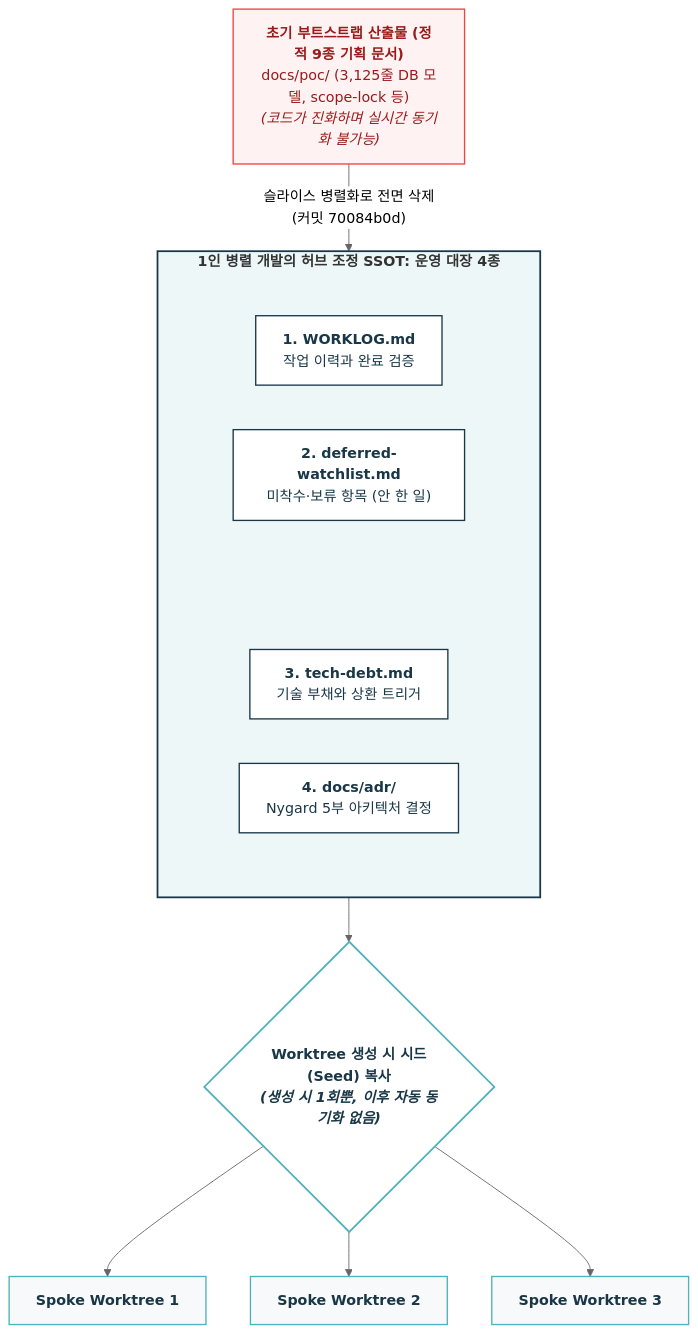
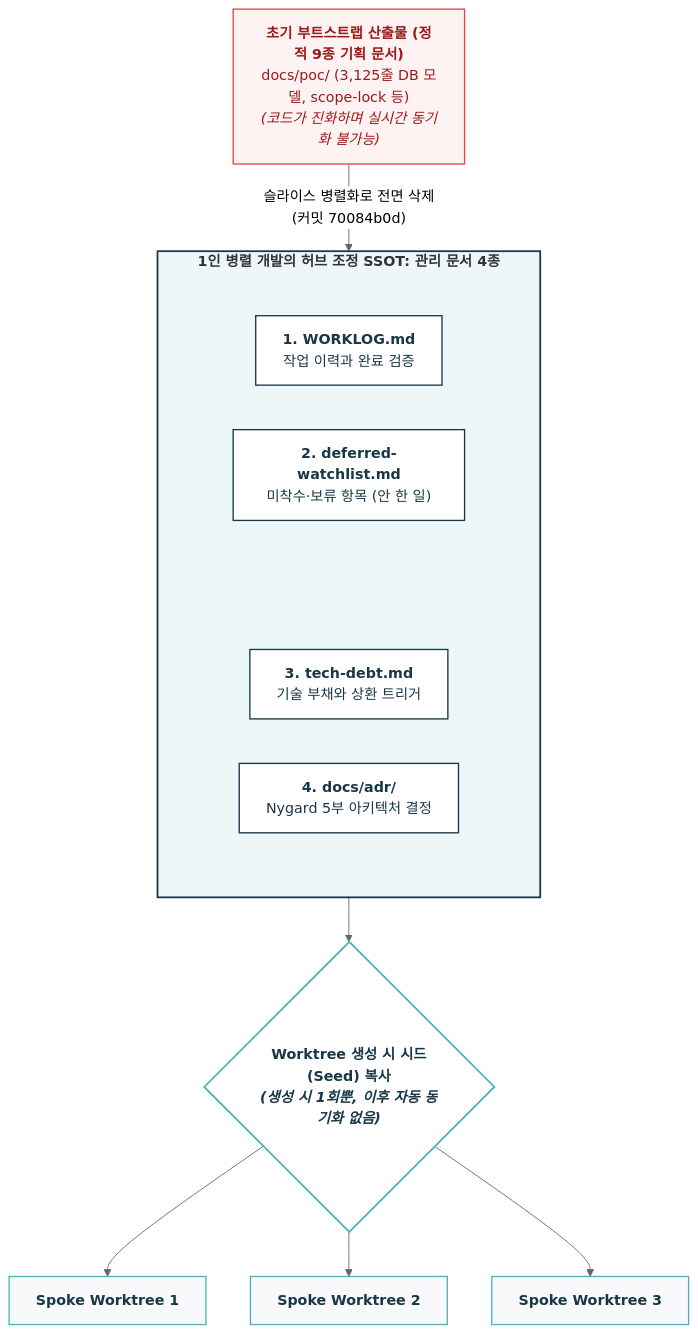
Before and after one commit to tomato-vault/tomato-vault.github.io: the first of 3 diagrams in _posts/tech/ai-agent-architecture/6 에이전트가 기억상실증입니다만, 문제라도?.md, drawn with Mermaid (neutral theme). The commit also changed other lines of this file and 24 other files, not shown here.

````diff
--- a/_posts/tech/ai-agent-architecture/6 에이전트가 기억상실증입니다만, 문제라도?.md
+++ b/_posts/tech/ai-agent-architecture/6 에이전트가 기억상실증입니다만, 문제라도?.md
@@ -72,35 +53,35 @@
 ```mermaid
 flowchart TD
     classDef old fill:#fef2f2,stroke:#ef4444,stroke-width:1.5px,color:#991b1b
     classDef ledger fill:#ffffff,stroke:#193747,stroke-width:1.5px,color:#193747
     classDef gate fill:#fff,stroke:#4fb1ba,stroke-width:2px,color:#193747,font-weight:bold
     classDef spoke fill:#f8f9fa,stroke:#4fb1ba,stroke-width:1.5px,color:#193747
 
     OLD["<b>초기 부트스트랩 산출물 (정적 9종 기획 문서)</b><br/>docs/poc/ (3,125줄 DB 모델, scope-lock 등)<br/><i>(코드가 진화하며 실시간 동기화 불가능)</i>"]:::old
 
     OLD -->|"슬라이스 병렬화로 전면 삭제<br/>(커밋 70084b0d)"| HUB_BOX
 
-    subgraph HUB_BOX["<b>1인 병렬 개발의 허브 조정 SSOT: 운영 대장 4종</b>"]
+    subgraph HUB_BOX["<b>1인 병렬 개발의 허브 조정 SSOT: 관리 문서 4종</b>"]
         direction TB
         subgraph ROW1[" "]
             direction LR
             L1["<b>1. WORKLOG.md</b><br/>작업 이력과 완료 검증"]:::ledger
             L2["<b>2. deferred-watchlist.md</b><br/>미착수·보류 항목 (안 한 일)"]:::ledger
         end
         subgraph ROW2[" "]
             direction LR
             L3["<b>3. tech-debt.md</b><br/>기술 부채와 상환 트리거"]:::ledger
             L4["<b>4. docs/adr/</b><br/>Nygard 5부 아키텍처 결정"]:::ledger
         end
         ROW1 ~~~ ROW2
     end
     style HUB_BOX fill:#eef7f8,stroke:#193747,stroke-width:2px
     style ROW1 fill:none,stroke:none
     style ROW2 fill:none,stroke:none
 
     HUB_BOX --> GATE{"<b>Worktree 생성 시 시드(Seed) 복사</b><br/><i>(생성 시 1회뿐, 이후 자동 동기화 없음)</i>"}:::gate
 
     GATE --> S1["<b>Spoke Worktree 1</b>"]:::spoke
     GATE --> S2["<b>Spoke Worktree 2</b>"]:::spoke
     GATE --> S3["<b>Spoke Worktree 3</b>"]:::spoke
 ```
````
